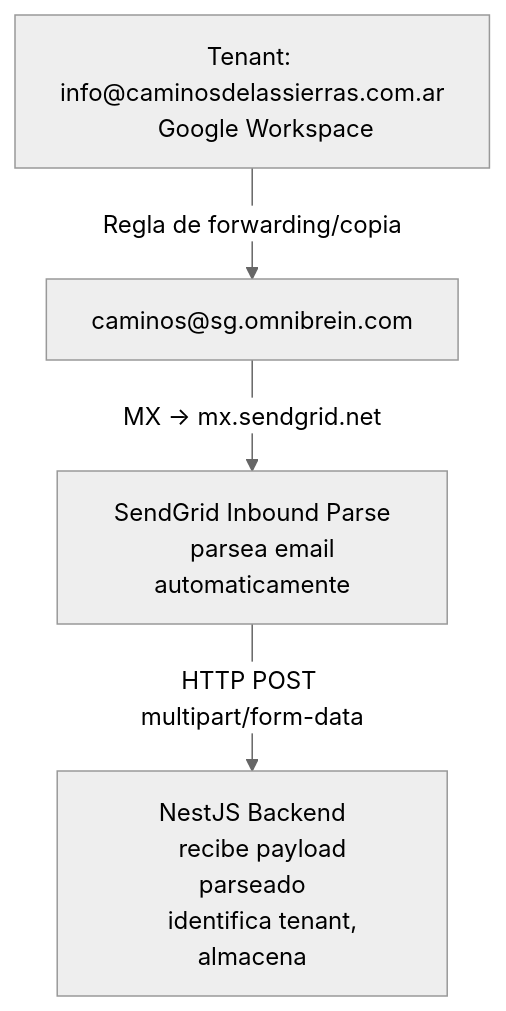
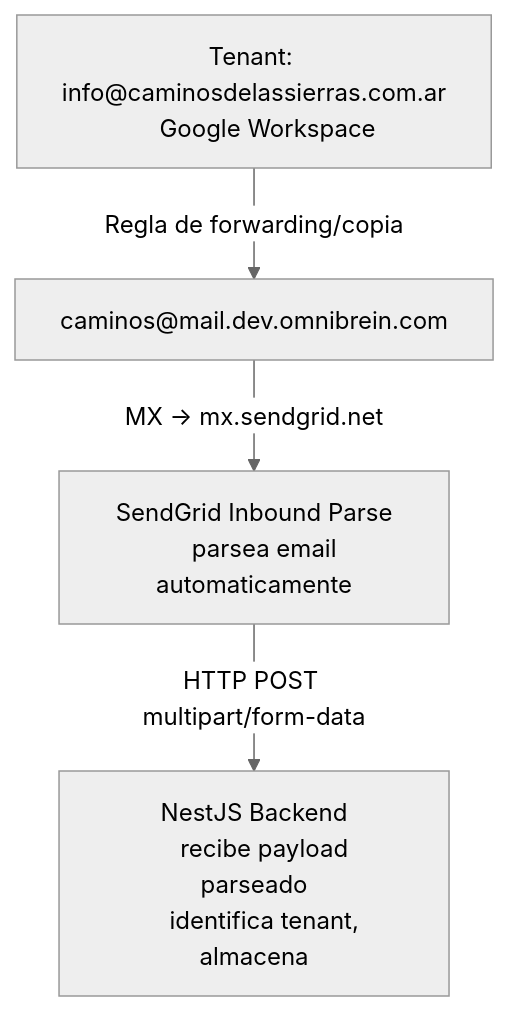
The first of 2 diagrams in findings-sendgrid.md (diego-serrano-kenility/omni-mail-channel-research), drawn with Mermaid (neutral theme) before and after one commit. The commit also changed other lines of this file and 2 other files, not shown here.

First line of the commit message:
Actualizar subdominio de mail a mail.dev.omnibrein.com y agregar diagrama de envío en A4

````diff
--- a/findings-sendgrid.md
+++ b/findings-sendgrid.md
@@ -50,10 +50,10 @@
 ```mermaid
 flowchart TD
     TenantMail["Tenant: info@caminosdelassierras.com.ar
-    Google Workspace"] -->|"Regla de forwarding/copia"| SGAddr["caminos@sg.omnibrein.com"]
+    Google Workspace"] -->|"Regla de forwarding/copia"| SGAddr["caminos@mail.dev.omnibrein.com"]
     SGAddr -->|"MX -> mx.sendgrid.net"| IP["SendGrid Inbound Parse
     parsea email automaticamente"]
     IP -->|"HTTP POST multipart/form-data"| NestJS["NestJS Backend
     recibe payload parseado
     identifica tenant, almacena"]
 ```
````
